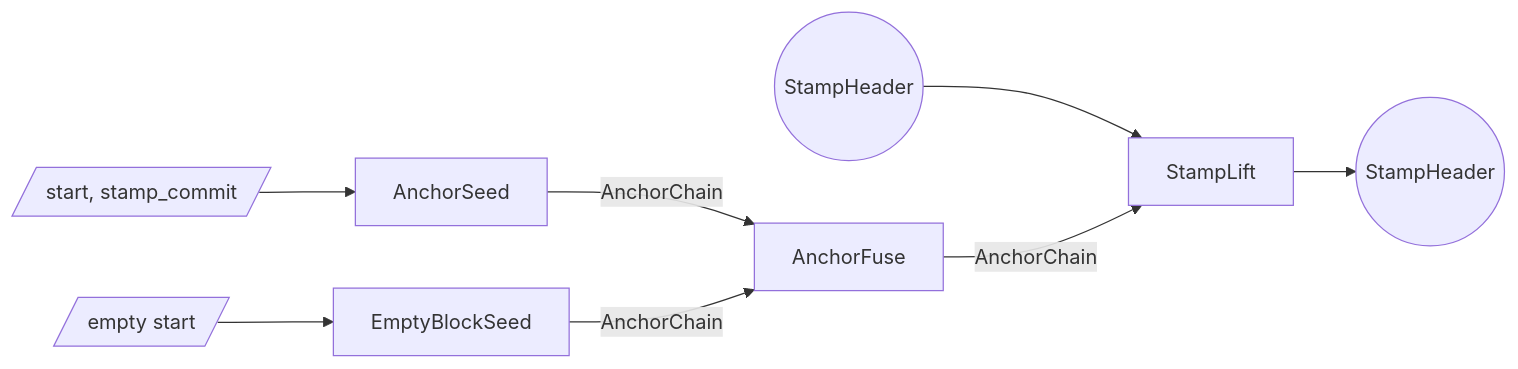
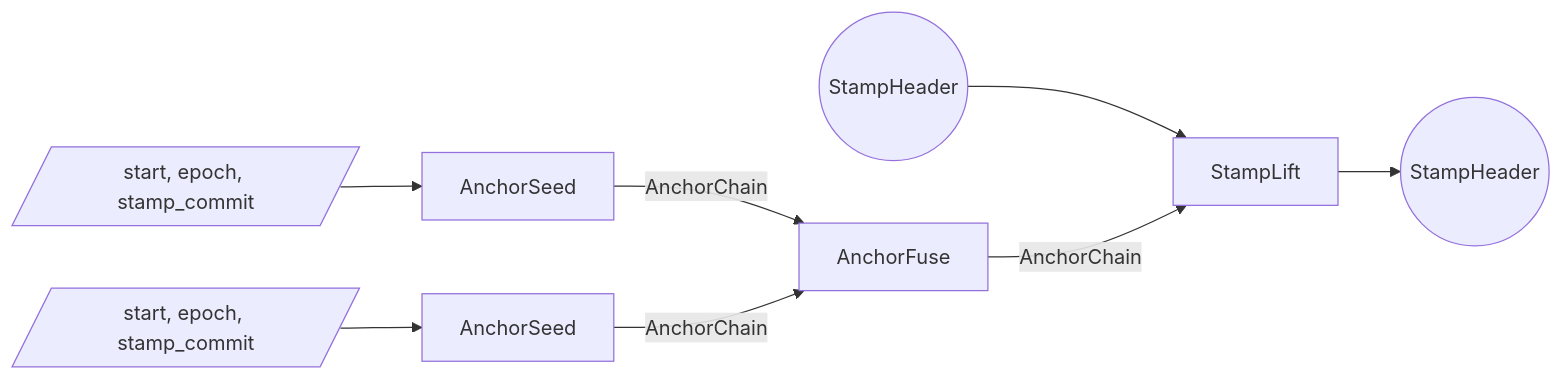
One commit to S1nus/tachyon changed the second of 3 diagrams in book/src/proof-tree.md. Above: the diagram before and after it, drawn with Mermaid. The commit also changed other lines of this file and 13 other files, not shown here.

First line of the commit message:
refactor: anchor commits to epoch (#185)

````diff
--- a/book/src/proof-tree.md
+++ b/book/src/proof-tree.md
@@ -290,19 +292,19 @@
 ```mermaid
 flowchart LR
   sh_in((StampHeader))
-  w_seed[/start, stamp_commit/]
+  w_seed[/start, epoch, stamp_commit/]
   s_seed[AnchorSeed]
-  w_fuse[/empty start/]
-  s_empty[EmptyBlockSeed]
+  w_next[/start, epoch, stamp_commit/]
+  s_next[AnchorSeed]
   s_fuse[AnchorFuse]
   s_lift[StampLift]
   sh_out((StampHeader))
 
   w_seed --> s_seed
-  w_fuse --> s_empty
+  w_next --> s_next
   s_seed -->|AnchorChain| s_fuse
-  s_empty -->|AnchorChain| s_fuse
+  s_next -->|AnchorChain| s_fuse
   sh_in --> s_lift
   s_fuse -->|AnchorChain| s_lift
   s_lift --> sh_out
 ```
````
